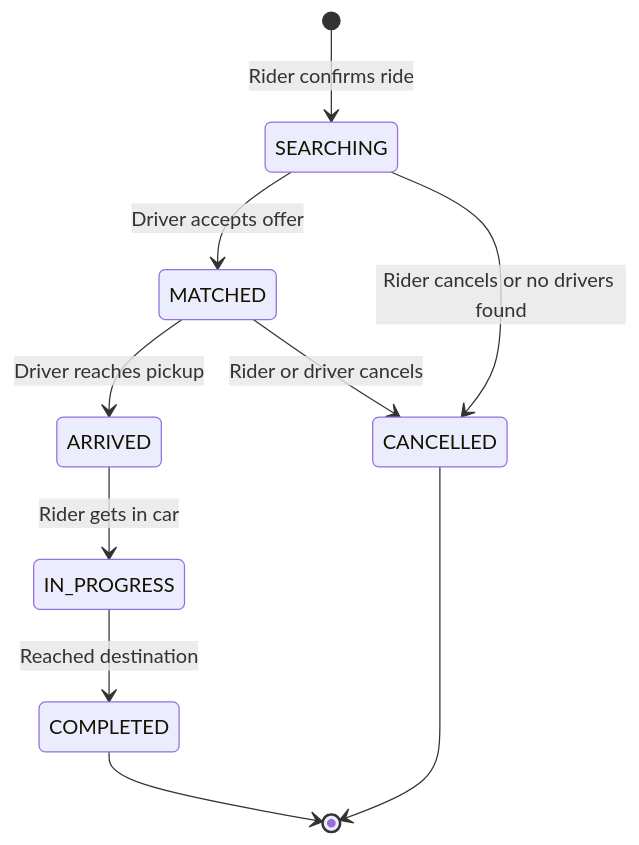
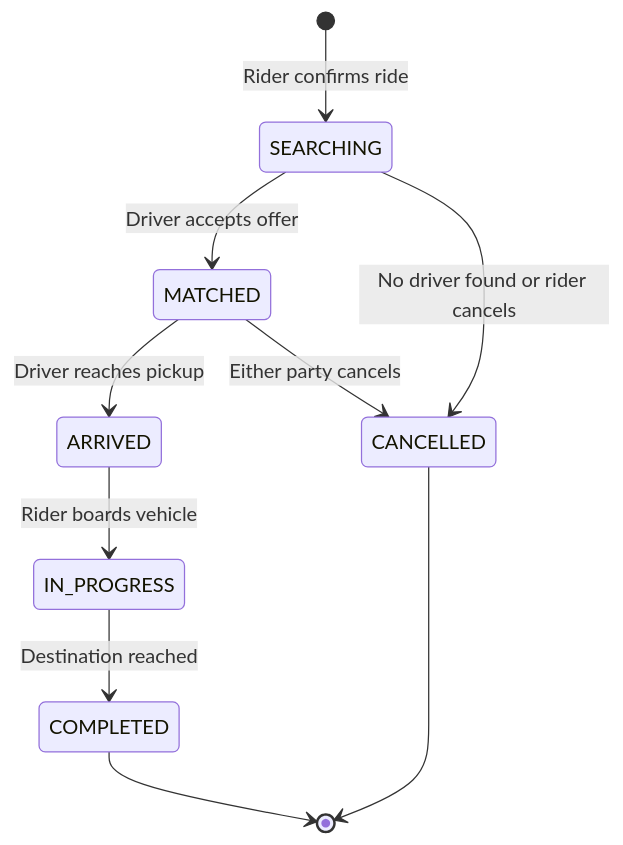
One commit to gajwala/DSA-Topic-wise changed the fifth of 7 diagrams in SYSTEM_DESIGN/UBER.md. Above: the diagram before and after it, drawn with Mermaid. The commit also changed other lines of this file, not shown here.

````diff
--- a/SYSTEM_DESIGN/UBER.md
+++ b/SYSTEM_DESIGN/UBER.md
@@ -203,12 +193,12 @@
 ```mermaid
 stateDiagram-v2
     [*] --> SEARCHING : Rider confirms ride
     SEARCHING --> MATCHED : Driver accepts offer
     MATCHED --> ARRIVED : Driver reaches pickup
-    ARRIVED --> IN_PROGRESS : Rider gets in car
-    IN_PROGRESS --> COMPLETED : Reached destination
-    SEARCHING --> CANCELLED : Rider cancels or no drivers found
-    MATCHED --> CANCELLED : Rider or driver cancels
+    ARRIVED --> IN_PROGRESS : Rider boards vehicle
+    IN_PROGRESS --> COMPLETED : Destination reached
+    SEARCHING --> CANCELLED : No driver found or rider cancels
+    MATCHED --> CANCELLED : Either party cancels
     COMPLETED --> [*]
     CANCELLED --> [*]
 ```
````
